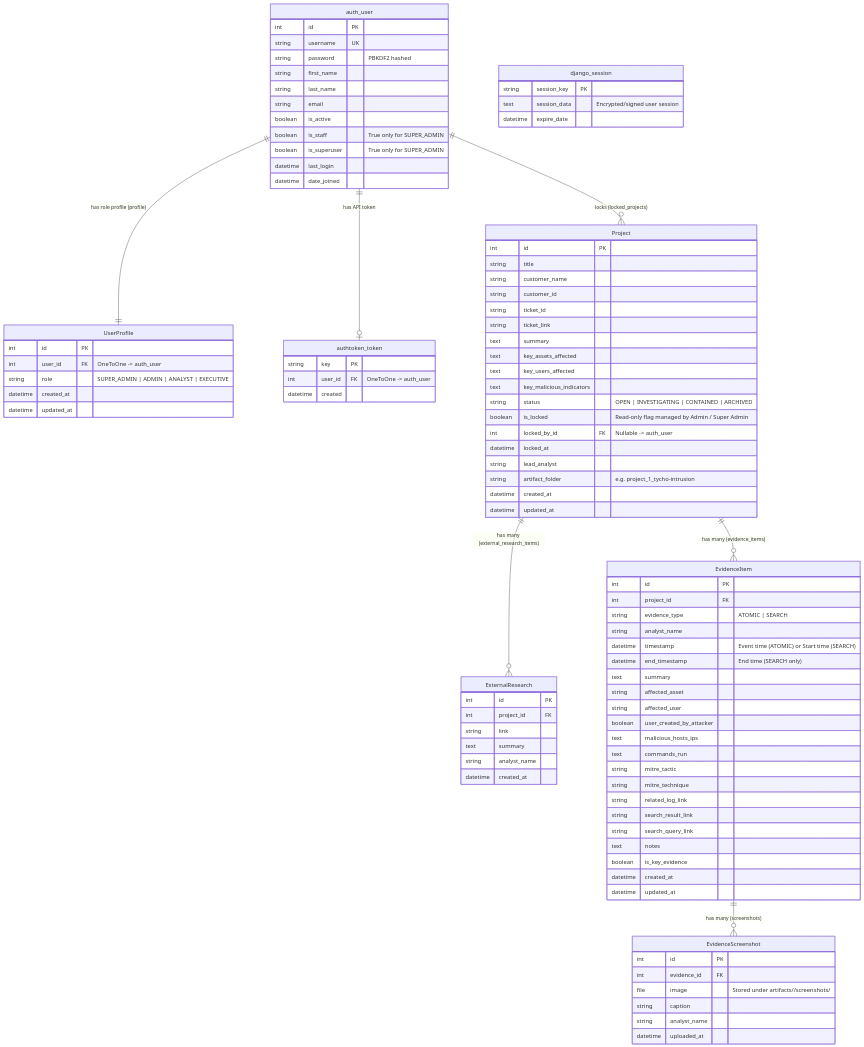
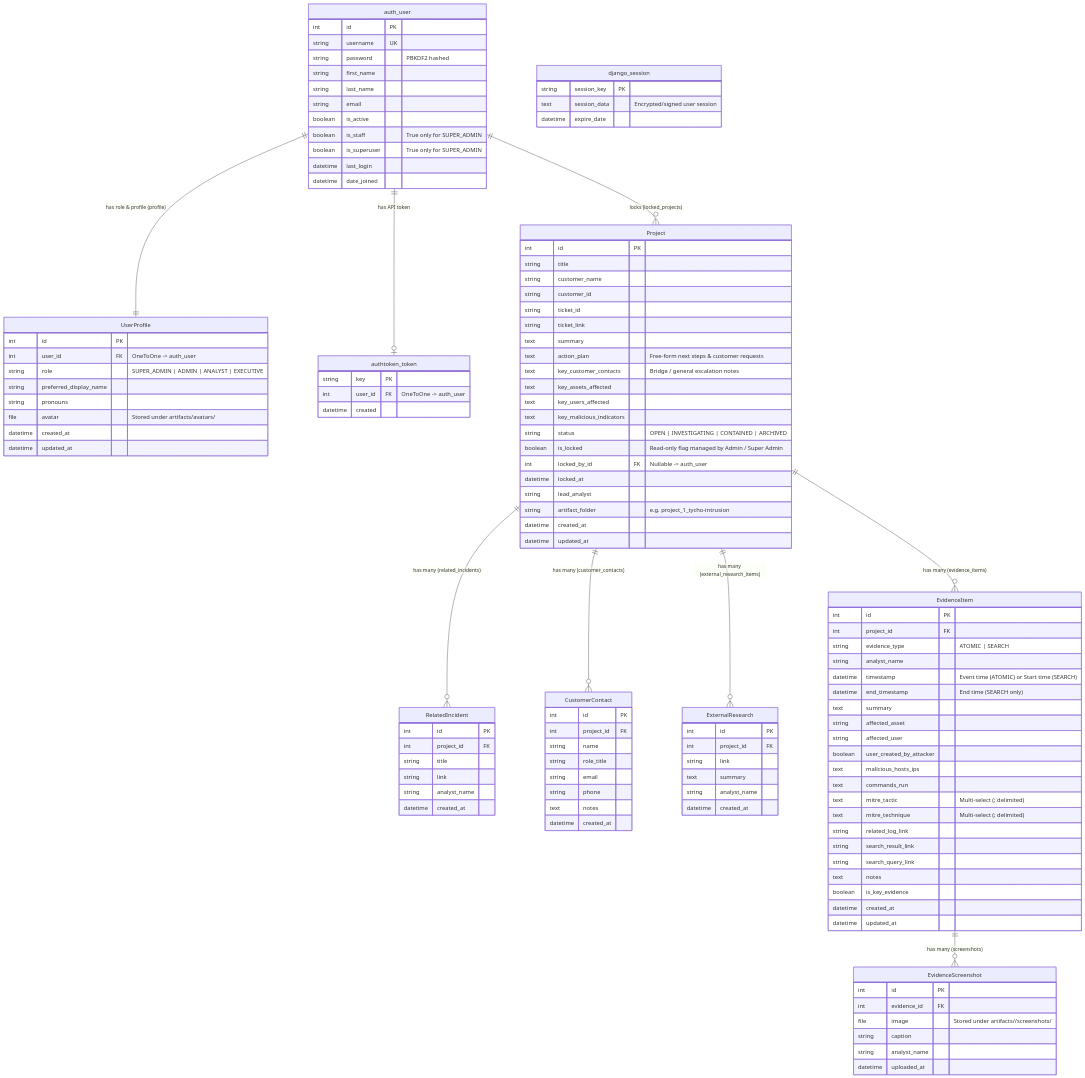
Before and after one commit to aircooledcafe/incident-reporter: the diagram in README.md, drawn with Mermaid. The commit also changed other lines of this file and 20 other files, not shown here.

````diff
--- a/README.md
+++ b/README.md
@@ -83,8 +89,10 @@
 ```mermaid
 erDiagram
-    auth_user ||--|| UserProfile : "has role profile (profile)"
+    auth_user ||--|| UserProfile : "has role & profile (profile)"
     auth_user ||--o| authtoken_token : "has API token"
     auth_user ||--o{ Project : "locks (locked_projects)"
+    Project ||--o{ RelatedIncident : "has many (related_incidents)"
+    Project ||--o{ CustomerContact : "has many (customer_contacts)"
     Project ||--o{ ExternalResearch : "has many (external_research_items)"
     Project ||--o{ EvidenceItem : "has many (evidence_items)"
     EvidenceItem ||--o{ EvidenceScreenshot : "has many (screenshots)"
@@ -107,6 +115,9 @@
         int id PK
         int user_id FK "OneToOne -> auth_user"
         string role "SUPER_ADMIN | ADMIN | ANALYST | EXECUTIVE"
+        string preferred_display_name
+        string pronouns
+        file avatar "Stored under artifacts/avatars/"
         datetime created_at
         datetime updated_at
     }
@@ -131,6 +142,8 @@
         string ticket_id
         string ticket_link
         text summary
+        text action_plan "Free-form next steps & customer requests"
+        text key_customer_contacts "Bridge / general escalation notes"
         text key_assets_affected
         text key_users_affected
         text key_malicious_indicators
@@ -142,6 +155,26 @@
         string artifact_folder "e.g. project_1_tycho-intrusion"
         datetime created_at
         datetime updated_at
+    }
+
+    RelatedIncident {
+        int id PK
+        int project_id FK
+        string title
+        string link
+        string analyst_name
+        datetime created_at
+    }
+
+    CustomerContact {
+        int id PK
+        int project_id FK
+        string name
+        string role_title
+        string email
+        string phone
+        text notes
+        datetime created_at
     }
 
     ExternalResearch {
@@ -166,8 +199,8 @@
         boolean user_created_by_attacker
         text malicious_hosts_ips
         text commands_run
-        string mitre_tactic
-        string mitre_technique
+        text mitre_tactic "Multi-select (; delimited)"
+        text mitre_technique "Multi-select (; delimited)"
         string related_log_link
         string search_result_link
         string search_query_link
````
